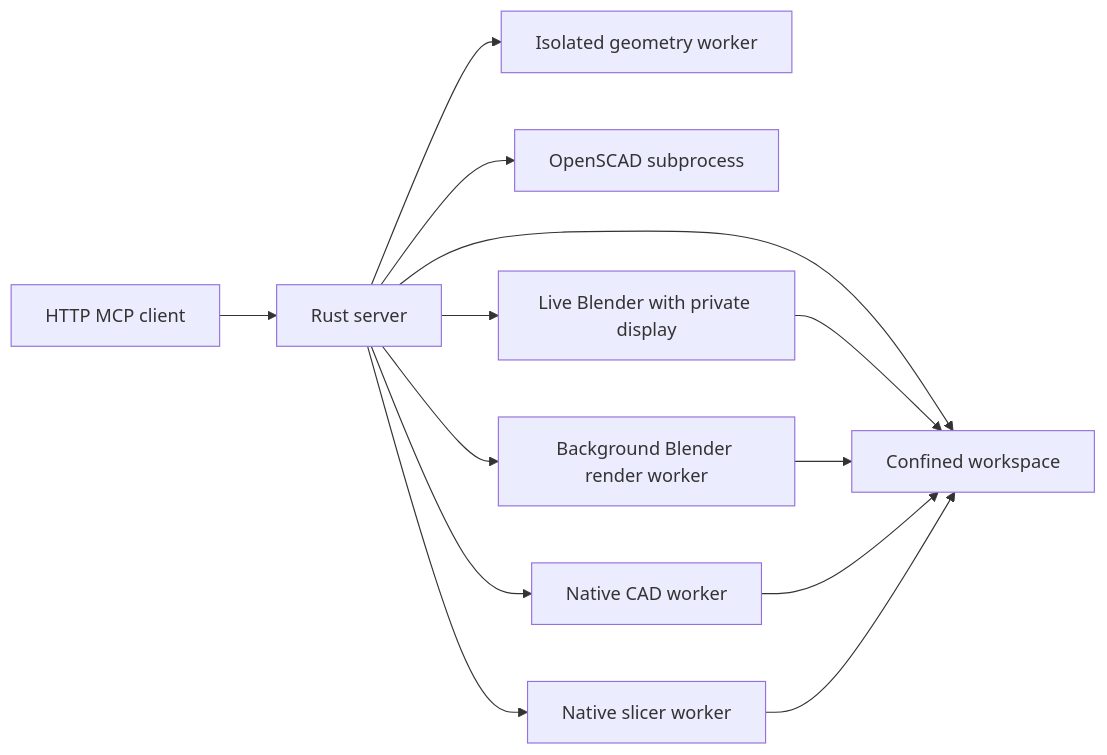
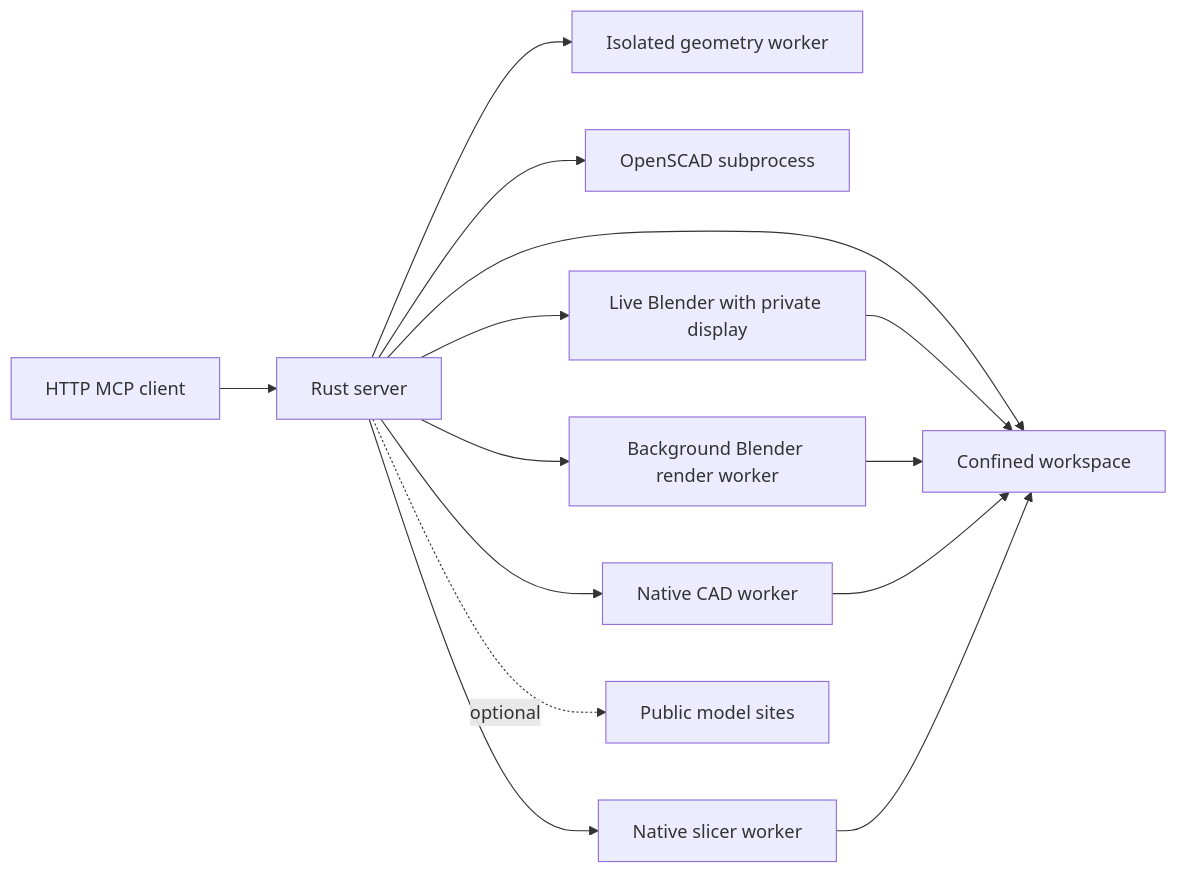
One commit to chrisbennight/mcp-printable-rs changed the diagram in docs/architecture.md. Above: the diagram before and after it, drawn with Mermaid. The commit also changed other lines of this file and 35 other files, not shown here.

````diff
--- a/docs/architecture.md
+++ b/docs/architecture.md
@@ -9,15 +9,16 @@
 ```mermaid
 flowchart LR
     client[HTTP MCP client] --> server[Rust server]
     server --> geometry[Isolated geometry worker]
     server --> scad[OpenSCAD subprocess]
     server --> cad[Native CAD worker]
     server --> slicer[Native slicer worker]
     server --> live[Live Blender with private display]
     server --> worker[Background Blender render worker]
     server --> files[Confined workspace]
+    server -. optional .-> sites[Public model sites]
     live --> files
     worker --> files
     cad --> files
     slicer --> files
 ```
````
